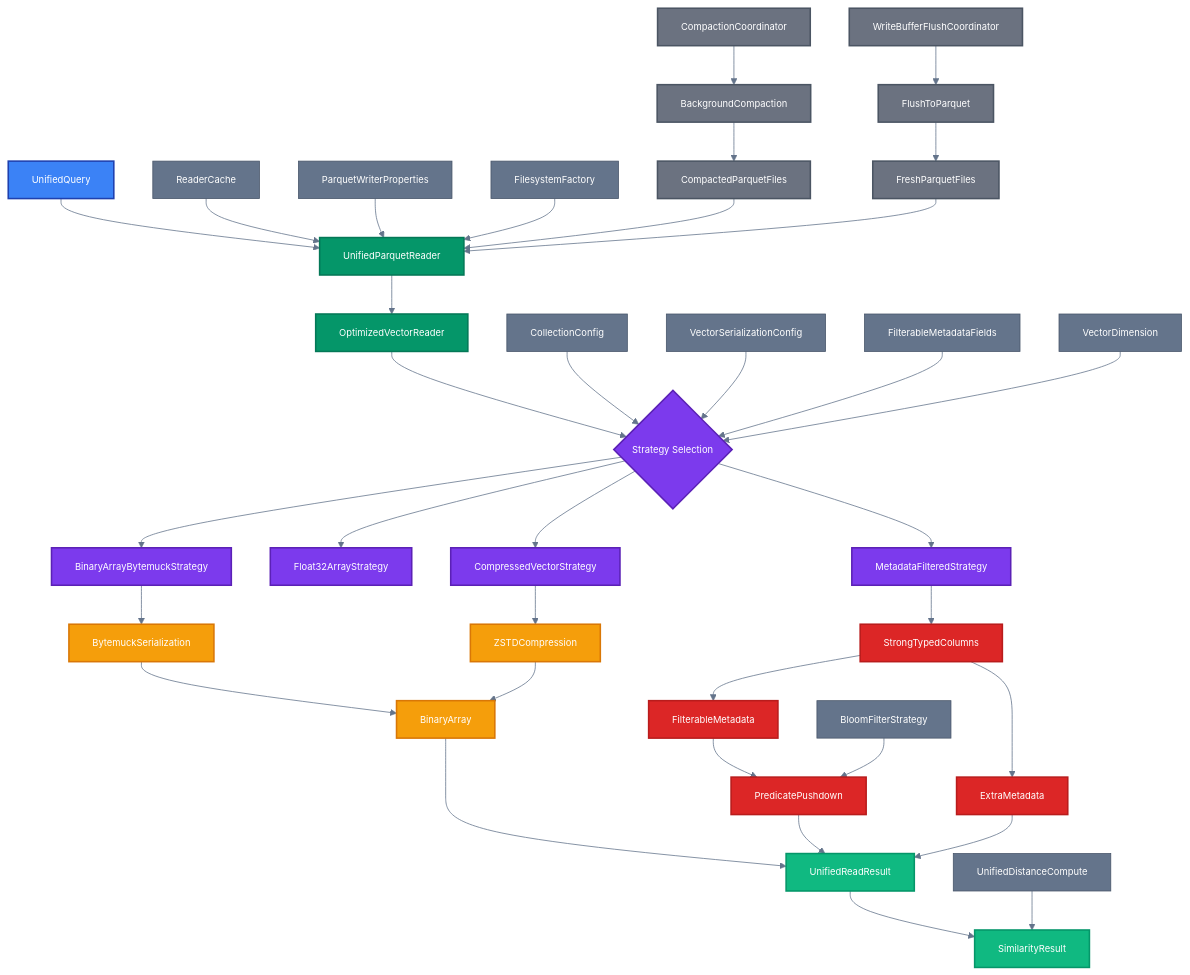
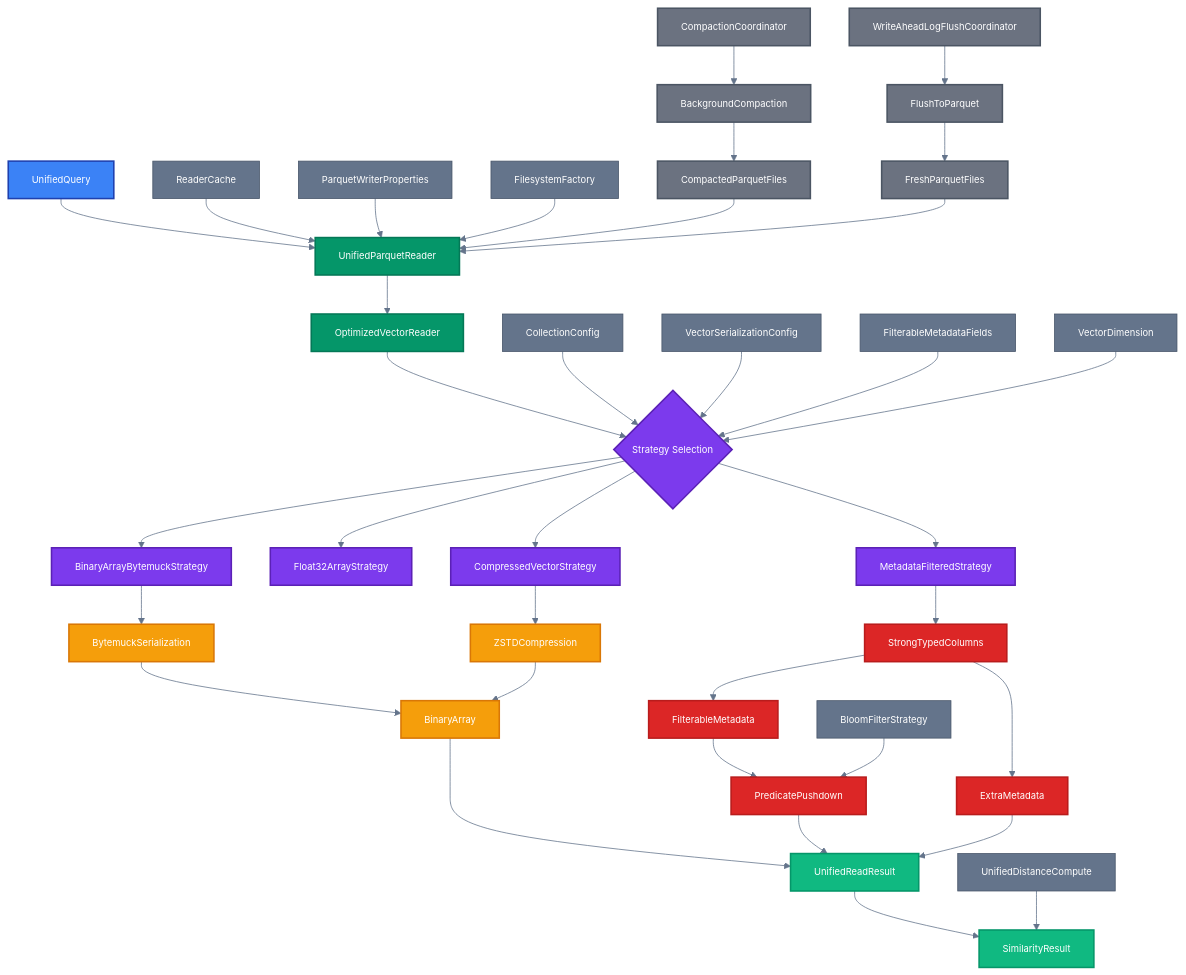
One commit to vjsingh1984/proximaDB changed the diagram in docs/diagrams/unified-parquet-reader-architecture.mmd. Above: the diagram before and after it, drawn with Mermaid. The commit also changed 33 other files, not shown here.

```diff
--- a/docs/diagrams/unified-parquet-reader-architecture.mmd
+++ b/docs/diagrams/unified-parquet-reader-architecture.mmd
@@ -1,85 +1,85 @@
 %%{init: {'theme':'base', 'themeVariables': { 
   'primaryColor':'#1e293b', 
   'primaryTextColor':'#ffffff', 
   'primaryBorderColor':'#334155', 
   'lineColor':'#64748b', 
   'secondaryColor':'#3b82f6',
   'tertiaryColor':'#e2e8f0',
   'background':'#f8fafc',
   'mainBkg':'#ffffff',
   'secondBkg':'#f1f5f9',
   'tertiaryBkg':'#e2e8f0',
   'fontSize':'12px', 
   'fontFamily':'Inter, -apple-system, sans-serif'
 }}}%%
 
 graph TD
     A[UnifiedQuery] --> B[UnifiedParquetReader]
     B --> C[OptimizedVectorReader]
     C --> D{Strategy Selection}
     
     %% Strategy Selection Inputs
     E[CollectionConfig] --> D
     F[VectorSerializationConfig] --> D
     G[FilterableMetadataFields] --> D
     H[VectorDimension] --> D
     
     %% Reading Strategies
     D --> I[BinaryArrayBytemuckStrategy]
     D --> J[Float32ArrayStrategy] 
     D --> K[CompressedVectorStrategy]
     D --> L[MetadataFilteredStrategy]
     
     %% Compression Layer
     I --> M[BytemuckSerialization]
     K --> N[ZSTDCompression]
     M --> O[BinaryArray]
     N --> O
     
     %% Metadata Processing
     L --> P[StrongTypedColumns]
     P --> Q[FilterableMetadata]
     P --> R[ExtraMetadata]
     Q --> S[PredicatePushdown]
     
     %% Result Processing
     O --> T[UnifiedReadResult]
     S --> T
     R --> T
     T --> U[SimilarityResult]
     
     %% Background Processes
     V[CompactionCoordinator] --> W[BackgroundCompaction]
-    X[WriteBufferFlushCoordinator] --> Y[FlushToParquet]
+    X[WriteAheadLogFlushCoordinator] --> Y[FlushToParquet]
     W --> Z[CompactedParquetFiles]
     Y --> AA[FreshParquetFiles]
     
     %% Supporting Infrastructure
     BB[ReaderCache] --> B
     CC[ParquetWriterProperties] --> B
     DD[FilesystemFactory] --> B
     EE[UnifiedDistanceCompute] --> U
     FF[BloomFilterStrategy] --> S
 
     %% Data Flow Connections
     Z --> B
     AA --> B
     
     %% Styling
     classDef queryClass fill:#3b82f6,stroke:#1e40af,stroke-width:2px,color:#ffffff
     classDef readerClass fill:#059669,stroke:#047857,stroke-width:2px,color:#ffffff
     classDef strategyClass fill:#7c3aed,stroke:#5b21b6,stroke-width:2px,color:#ffffff
     classDef compressionClass fill:#f59e0b,stroke:#d97706,stroke-width:2px,color:#ffffff
     classDef metadataClass fill:#dc2626,stroke:#b91c1c,stroke-width:2px,color:#ffffff
     classDef resultClass fill:#10b981,stroke:#059669,stroke-width:2px,color:#ffffff
     classDef backgroundClass fill:#6b7280,stroke:#4b5563,stroke-width:2px,color:#ffffff
     classDef supportClass fill:#64748b,stroke:#475569,stroke-width:1px,color:#ffffff
 
     class A queryClass
     class B,C readerClass
     class D,I,J,K,L strategyClass
     class M,N,O compressionClass
     class P,Q,R,S metadataClass
     class T,U resultClass
     class V,W,X,Y,Z,AA backgroundClass
     class E,F,G,H,BB,CC,DD,EE,FF supportClass
```
